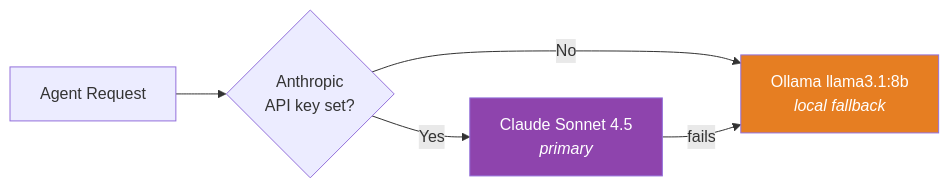
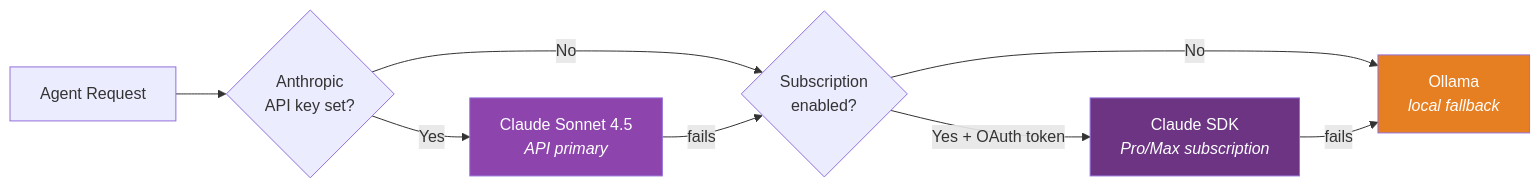
Before and after one commit to ryanjosebrosas/second-brain-ultimatum: the eighth of 8 diagrams in README.md, drawn with Mermaid. The commit also changed other lines of this file, not shown here.

First line of the commit message:
docs: add Claude subscription auth setup to README

````diff
--- a/README.md
+++ b/README.md
@@ -548,10 +551,14 @@
 ```mermaid
 graph LR
     REQ["Agent Request"] --> CHECK{"Anthropic<br/>API key set?"}
-    CHECK -->|"Yes"| CLAUDE["Claude Sonnet 4.5<br/><i>primary</i>"]
-    CHECK -->|"No"| OLLAMA["Ollama llama3.1:8b<br/><i>local fallback</i>"]
-    CLAUDE -->|"fails"| OLLAMA
+    CHECK -->|"Yes"| CLAUDE["Claude Sonnet 4.5<br/><i>API primary</i>"]
+    CHECK -->|"No"| SUB{"Subscription<br/>enabled?"}
+    CLAUDE -->|"fails"| SUB
+    SUB -->|"Yes + OAuth token"| SDK["Claude SDK<br/><i>Pro/Max subscription</i>"]
+    SUB -->|"No"| OLLAMA["Ollama<br/><i>local fallback</i>"]
+    SDK -->|"fails"| OLLAMA
 
     style CLAUDE fill:#8e44ad,color:#fff
+    style SDK fill:#6c3483,color:#fff
     style OLLAMA fill:#e67e22,color:#fff
 ```
````
